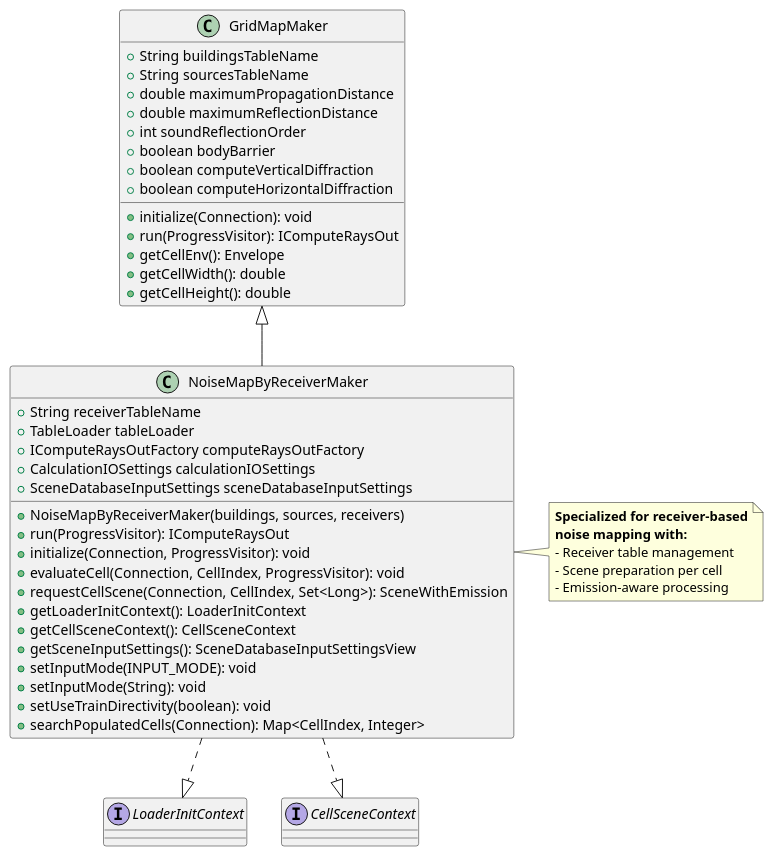
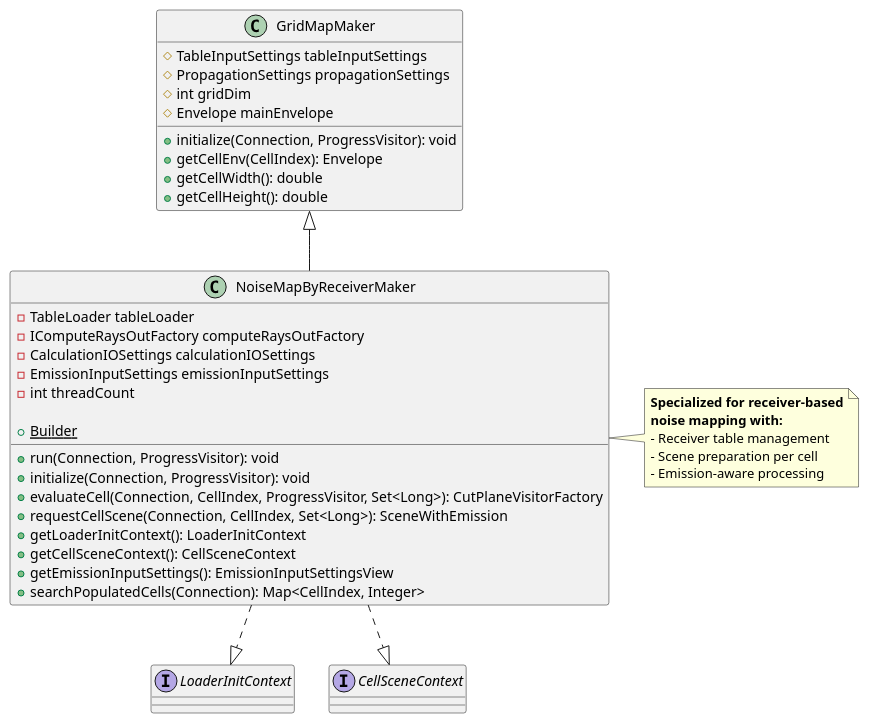
Before and after one commit to jtagusari/NoiseModelling: the first of 7 diagrams in Docs-dev/noisemapbyreceivermaker_algorithms.md, drawn with PlantUML. The commit also changed other lines of this file and 50 other files, not shown here.

````diff
--- a/Docs-dev/noisemapbyreceivermaker_algorithms.md
+++ b/Docs-dev/noisemapbyreceivermaker_algorithms.md
@@ -47,56 +53,48 @@
 ```plantuml
 @startuml
 class GridMapMaker {
-  + String buildingsTableName
-  + String sourcesTableName
-  + double maximumPropagationDistance
-  + double maximumReflectionDistance
-  + int soundReflectionOrder
-  + boolean bodyBarrier
-  + boolean computeVerticalDiffraction
-  + boolean computeHorizontalDiffraction
-  
-  + initialize(Connection): void
-  + run(ProgressVisitor): IComputeRaysOut
-  + getCellEnv(): Envelope
+  # TableInputSettings tableInputSettings
+  # PropagationSettings propagationSettings
+  # int gridDim
+  # Envelope mainEnvelope
+
+  + initialize(Connection, ProgressVisitor): void
+  + getCellEnv(CellIndex): Envelope
   + getCellWidth(): double
   + getCellHeight(): double
 }
 
 class NoiseMapByReceiverMaker extends GridMapMaker {
-  + String receiverTableName
-  + TableLoader tableLoader
-  + IComputeRaysOutFactory computeRaysOutFactory
-  + CalculationIOSettings calculationIOSettings
-  + SceneDatabaseInputSettings sceneDatabaseInputSettings
-  
-  + NoiseMapByReceiverMaker(buildings, sources, receivers)
-  + run(ProgressVisitor): IComputeRaysOut
+  - TableLoader tableLoader
+  - IComputeRaysOutFactory computeRaysOutFactory
+  - CalculationIOSettings calculationIOSettings
+  - EmissionInputSettings emissionInputSettings
+  - int threadCount
+
+  + {static} Builder
+  + run(Connection, ProgressVisitor): void
   + initialize(Connection, ProgressVisitor): void
-  + evaluateCell(Connection, CellIndex, ProgressVisitor): void
+  + evaluateCell(Connection, CellIndex, ProgressVisitor, Set<Long>): CutPlaneVisitorFactory
   + requestCellScene(Connection, CellIndex, Set<Long>): SceneWithEmission
   + getLoaderInitContext(): LoaderInitContext
   + getCellSceneContext(): CellSceneContext
-  + getSceneInputSettings(): SceneDatabaseInputSettingsView
-  + setInputMode(INPUT_MODE): void
-  + setInputMode(String): void
-  + setUseTrainDirectivity(boolean): void
+  + getEmissionInputSettings(): EmissionInputSettingsView
   + searchPopulatedCells(Connection): Map<CellIndex, Integer>
 }
 
 interface LoaderInitContext
 interface CellSceneContext
 
 NoiseMapByReceiverMaker ..|> LoaderInitContext
 NoiseMapByReceiverMaker ..|> CellSceneContext
 
 
 note right of NoiseMapByReceiverMaker
   **Specialized for receiver-based**
   **noise mapping with:**
   - Receiver table management
   - Scene preparation per cell
   - Emission-aware processing
 end note
 @enduml
 ```
````
